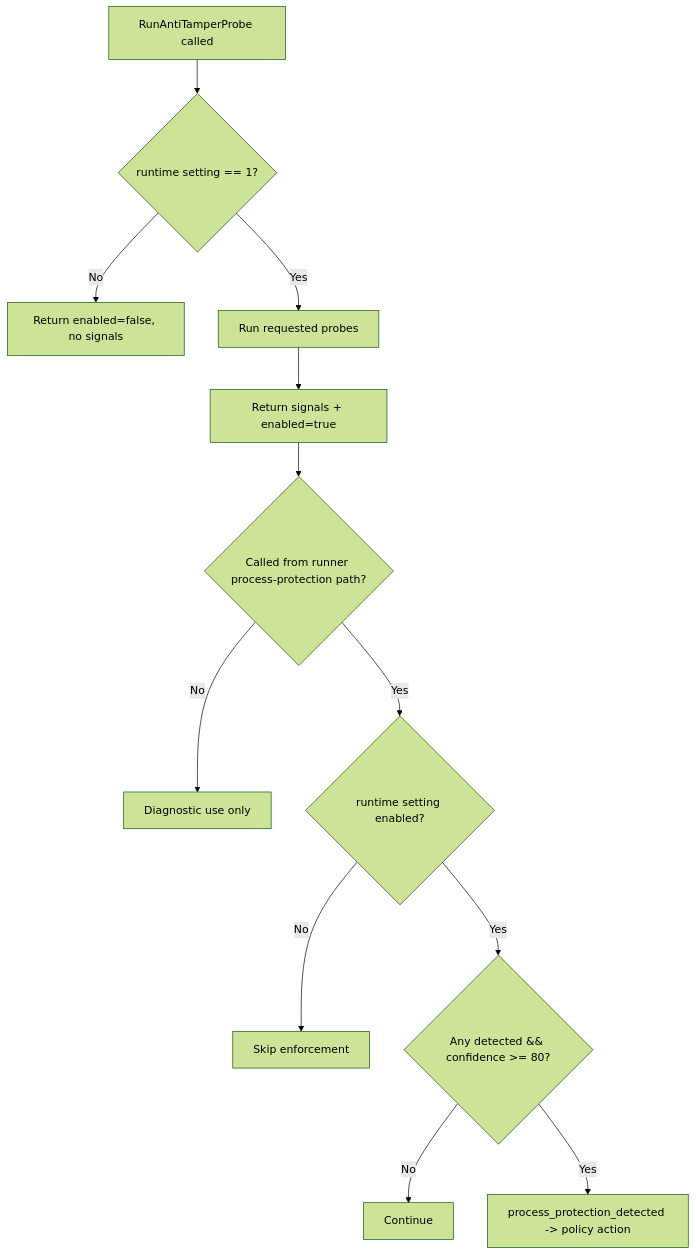
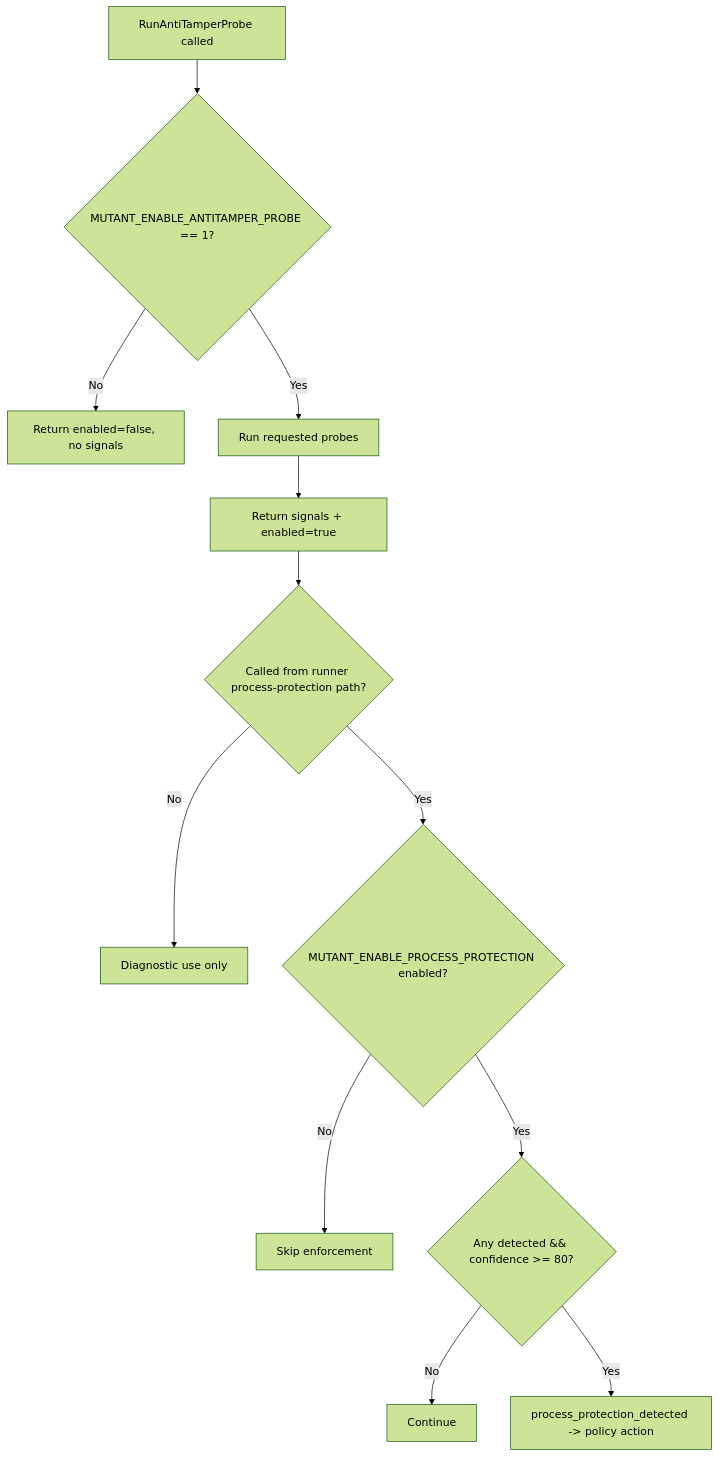
Before and after one commit to aoiflux/mudocs: the third of 8 diagrams in docs/SECURITY_DIAGRAMS.md, drawn with Mermaid (forest theme). The commit also changed other lines of this file and 41 other files, not shown here.

````diff
--- a/docs/SECURITY_DIAGRAMS.md
+++ b/docs/SECURITY_DIAGRAMS.md
@@ -47,15 +51,15 @@
 ```mermaid
 flowchart TD
-    A[RunAntiTamperProbe called] --> B{runtime setting == 1?}
+    A[RunAntiTamperProbe called] --> B{MUTANT_ENABLE_ANTITAMPER_PROBE == 1?}
     B -->|No| C[Return enabled=false, no signals]
     B -->|Yes| D[Run requested probes]
     D --> E[Return signals + enabled=true]
 
     E --> F{Called from runner process-protection path?}
     F -->|No| G[Diagnostic use only]
-    F -->|Yes| H{runtime setting enabled?}
+    F -->|Yes| H{MUTANT_ENABLE_PROCESS_PROTECTION enabled?}
     H -->|No| I[Skip enforcement]
     H -->|Yes| J{Any detected && confidence >= 80?}
     J -->|No| K[Continue]
     J -->|Yes| L[process_protection_detected -> policy action]
 ```
````
